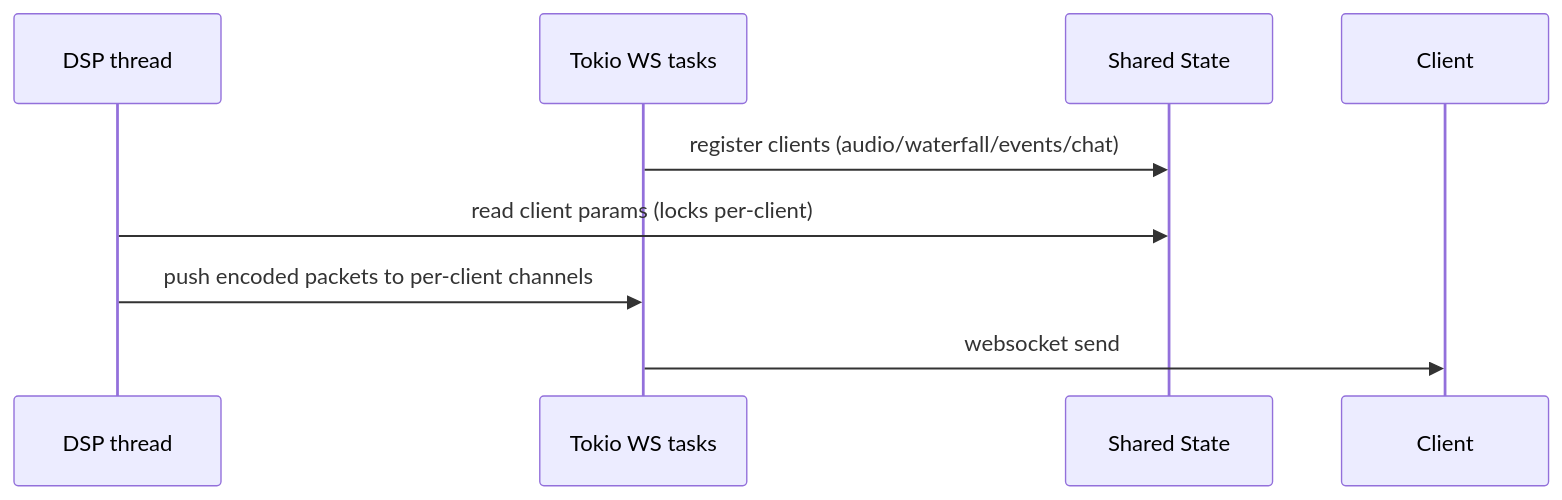
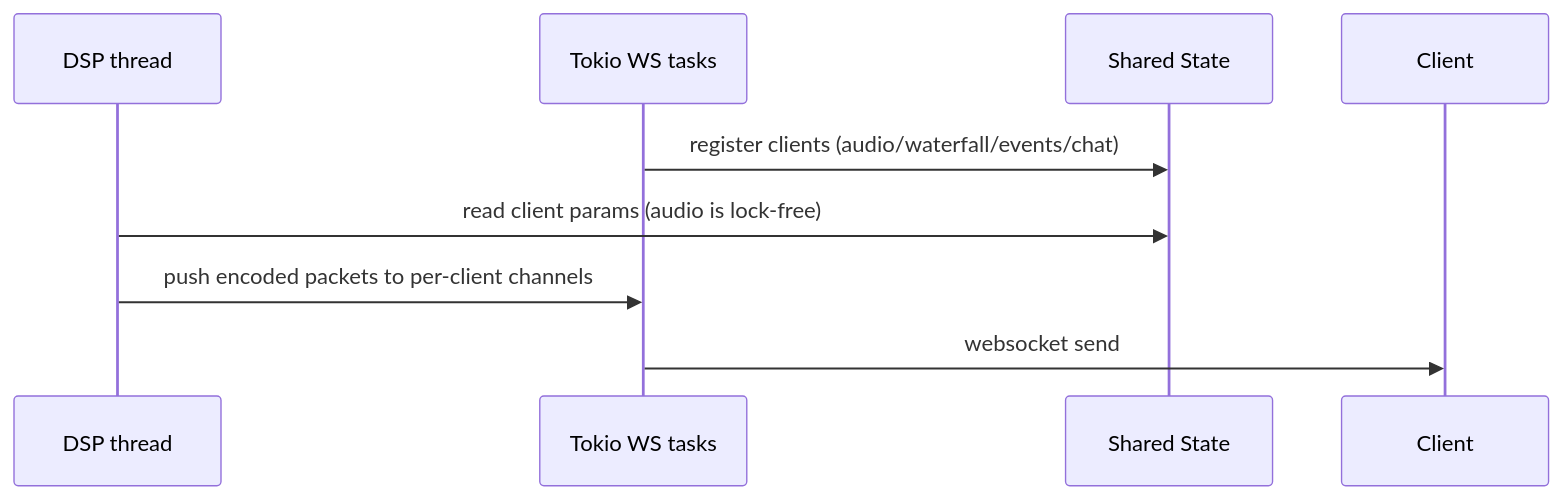
The diagram in docs/STATE.md (Steven9101/NovaSDR), drawn with Mermaid before and after one commit. The commit also changed other lines of this file and 15 other files, not shown here.

````diff
--- a/docs/STATE.md
+++ b/docs/STATE.md
@@ -5,11 +5,11 @@
 ```mermaid
 sequenceDiagram
   participant DSP as DSP thread
   participant WS as Tokio WS tasks
   participant State as Shared State
 
   WS->>State: register clients (audio/waterfall/events/chat)
-  DSP->>State: read client params (locks per-client)
+  DSP->>State: read client params (audio is lock-free)
   DSP->>WS: push encoded packets to per-client channels
   WS->>Client: websocket send
 ```
````
